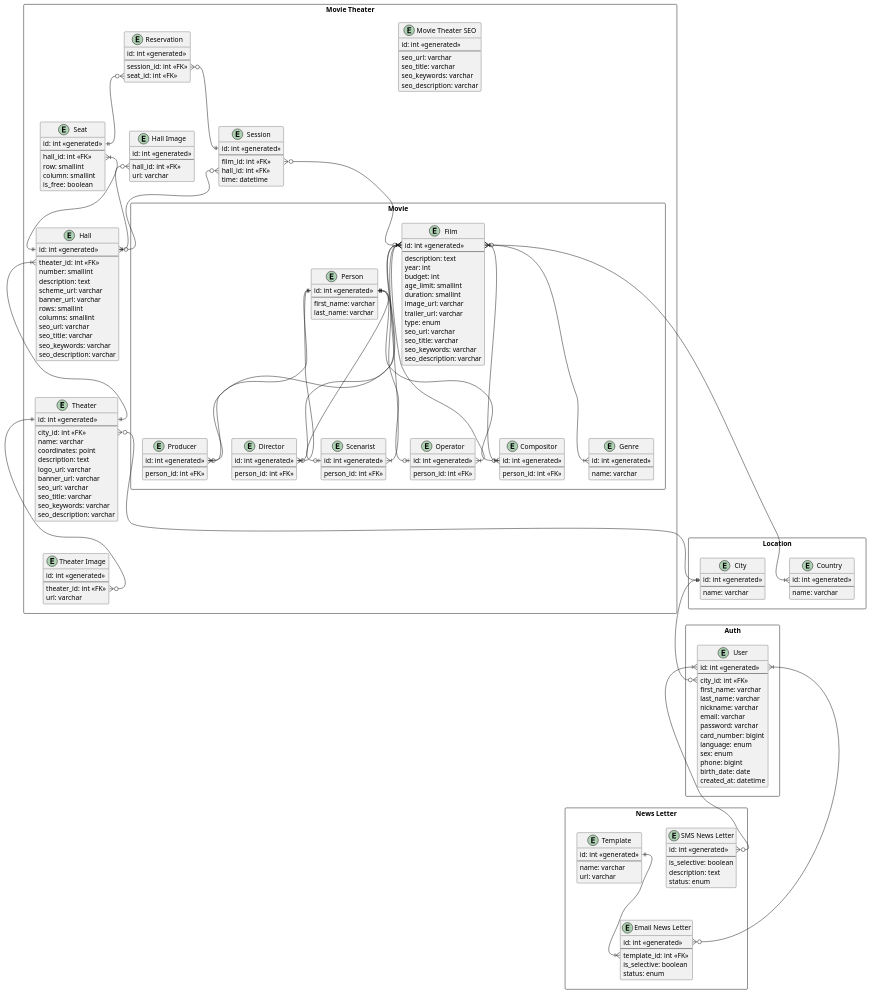
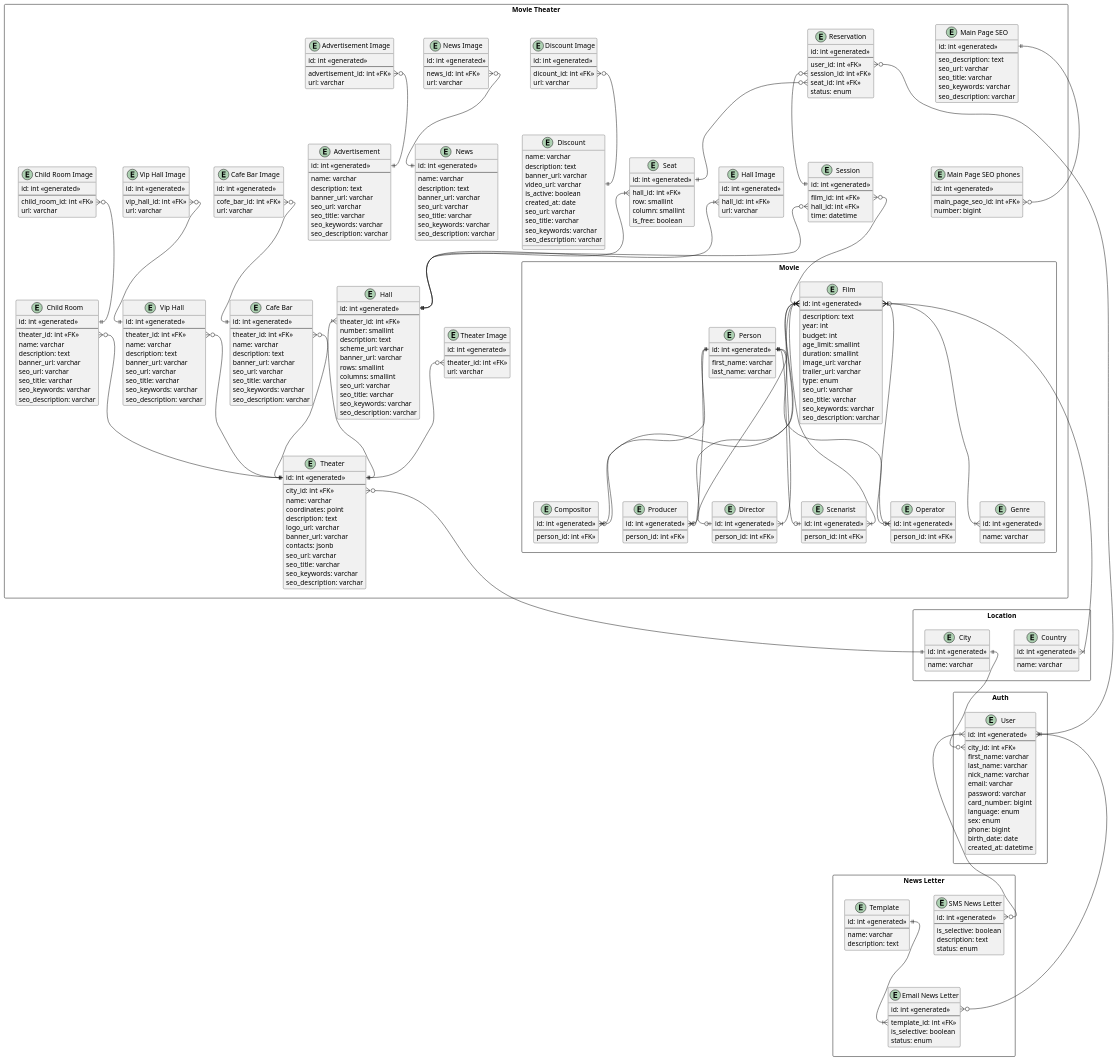
One commit to vlad1m1r0v/spacelab-kino-cms changed the diagram in docs/schema.puml. Above: the diagram before and after it, drawn with PlantUML. The commit also changed 1 other file, not shown here.

Commit message:
remake relations; add vip rooms, child rooms, advertisements, news

```diff
--- a/docs/schema.puml
+++ b/docs/schema.puml
@@ -1,4 +1,4 @@
-@startuml
+@startuml Database Relationship Diagram
 
 rectangle "Location" as location {
     entity "City" as city {
@@ -21,7 +21,7 @@
         city_id: int <<FK>>
         first_name: varchar
         last_name: varchar
-        nickname: varchar
+        nick_name: varchar
         email: varchar
         password: varchar
         card_number: bigint
@@ -54,20 +54,28 @@
         id: int <<generated>>
         --
         name: varchar
-        url: varchar
+        description: text
     }
 
     template::id ||--|{ email_news_letter::template_id
 }
 
 rectangle "Movie Theater" as movie_theater {
-    entity "Movie Theater SEO" as movie_theater_seo {
+    entity "Main Page SEO" as main_page_seo {
         id: int <<generated>>
         --
+        seo_description: text
         seo_url: varchar
         seo_title: varchar
         seo_keywords: varchar
         seo_description: varchar
+    }
+
+    entity "Main Page SEO phones" as main_page_seo_phones {
+        id: int <<generated>>
+        --
+        main_page_seo_id: int <<FK>>
+        number: bigint
     }
 
     entity "Theater" as theater {
@@ -79,6 +87,7 @@
         description: text
         logo_url: varchar 
         banner_url: varchar
+        contacts: jsonb
         seo_url: varchar
         seo_title: varchar
         seo_keywords: varchar
@@ -187,11 +196,13 @@
 
         film::id }|--|{ genre::id
         film::id }o--|{ country::id
+
         person::id ||--o| compositor::id
         person::id ||--o| producer::id
         person::id ||--o| director::id
         person::id ||--o| scenarist::id
         person::id ||--o| operator::id
+
         film::id }|--|{ compositor::id
         film::id }|--|{ producer::id
         film::id }|--|{ director::id
@@ -210,22 +221,165 @@
     entity "Reservation" as reservation {
         id: int <<generated>>
         --
+        user_id: int <<FK>>
         session_id: int <<FK>>
         seat_id: int <<FK>>
+        status: enum
     }
 
-    theater::id ||--o{  theater_image::theater_id
+    entity "Discount" as discount {
+        name: varchar
+        description: text
+        banner_url: varchar
+        video_url: varchar
+        is_active: boolean
+        created_at: date
+        seo_url: varchar
+        seo_title: varchar
+        seo_keywords: varchar
+        seo_description: varchar
+    }
+
+    entity "Discount Image" as discount_image {
+        id: int <<generated>>
+        --
+        dicount_id: int <<FK>>
+        url: varchar
+    }
+
+    entity "News" as news {
+        id: int <<generated>>
+        --
+        name: varchar
+        description: text
+        banner_url: varchar
+        seo_url: varchar
+        seo_title: varchar
+        seo_keywords: varchar
+        seo_description: varchar
+    }
+
+    entity "News Image" as news_image {
+        id: int <<generated>>
+        --
+        news_id: int <<FK>>
+        url: varchar
+    }
+
+    entity "Advertisement" as advertisement {
+        id: int <<generated>>
+        --
+        name: varchar
+        description: text
+        banner_url: varchar
+        seo_url: varchar
+        seo_title: varchar
+        seo_keywords: varchar
+        seo_description: varchar
+    }
+
+    entity "Advertisement Image" as advertisement_image {
+        id: int <<generated>>
+        --
+        advertisement_id: int <<FK>>
+        url: varchar
+    }
+
+    entity "Cafe Bar" as cafe_bar {
+        id: int <<generated>>
+        --
+        theater_id: int <<FK>>
+        name: varchar
+        description: text
+        banner_url: varchar
+        seo_url: varchar
+        seo_title: varchar
+        seo_keywords: varchar
+        seo_description: varchar
+    }
+
+    entity "Cafe Bar Image" as cafe_bar_image {
+        id: int <<generated>>
+        --
+        cofe_bar_id: int <<FK>>
+        url: varchar
+    }
+
+    entity "Vip Hall" as vip_hall {
+        id: int <<generated>>
+        --
+        theater_id: int <<FK>>
+        name: varchar
+        description: text
+        banner_url: varchar
+        seo_url: varchar
+        seo_title: varchar
+        seo_keywords: varchar
+        seo_description: varchar
+    }
+
+    entity "Vip Hall Image" as vip_hall_image {
+        id: int <<generated>>
+        --
+        vip_hall_id: int <<FK>>
+        url: varchar
+    }
+
+    entity "Child Room" as child_room {
+        id: int <<generated>>
+        --
+        theater_id: int <<FK>>
+        name: varchar
+        description: text
+        banner_url: varchar
+        seo_url: varchar
+        seo_title: varchar
+        seo_keywords: varchar
+        seo_description: varchar
+    }
+
+    entity "Child Room Image" as child_room_image {
+        id: int <<generated>>
+        --
+        child_room_id: int <<FK>>
+        url: varchar
+    }
+
+    main_page_seo::id ||--o{ main_page_seo_phones::main_page_seo_id
+
+    theater_image::theater_id }o--|| theater::id
     theater::city_id }o--|| location.city::id
+
     hall::theater_id }|--|| theater::id
-    hall_image::hall_id }o--|| hall::id
+    hall_image::hall_id }|--|| hall::id
+
     seat::hall_id }|--|| hall::id
-    session::film_id }o--o{ movie.film::id
-    session::hall_id }o--o{ hall::id
+
+    session::film_id }o--|| movie.film::id
+    session::hall_id }o--|| hall::id
+
+    reservation::user_id }o--|| auth.user::id
     reservation::session_id }o--|| session::id
     reservation::seat_id }o--|| seat::id
+
+    discount_image::dicount_id }o--|| discount::id 
+
+    news_image::news_id }o--|| news::id
+
+    advertisement_image::advertisement_id }o--|| advertisement::id
+
+    cafe_bar::theater_id }o--|| theater::id
+    cafe_bar_image::cofe_bar_id }o--|| cafe_bar::id
+
+    vip_hall::theater_id }o--|| theater::id
+    vip_hall_image::vip_hall_id }o--|| vip_hall::id
+
+    child_room::theater_id }o--|| theater::id
+    child_room_image::child_room_id }o--|| child_room::id
 }
 
 location.city::id ||--o{ auth.user::city_id
+
 auth.user::id }|--o{ news_letter.sms_news_letter::id
 auth.user::id }|--o{ news_letter.email_news_letter::id
 
```
